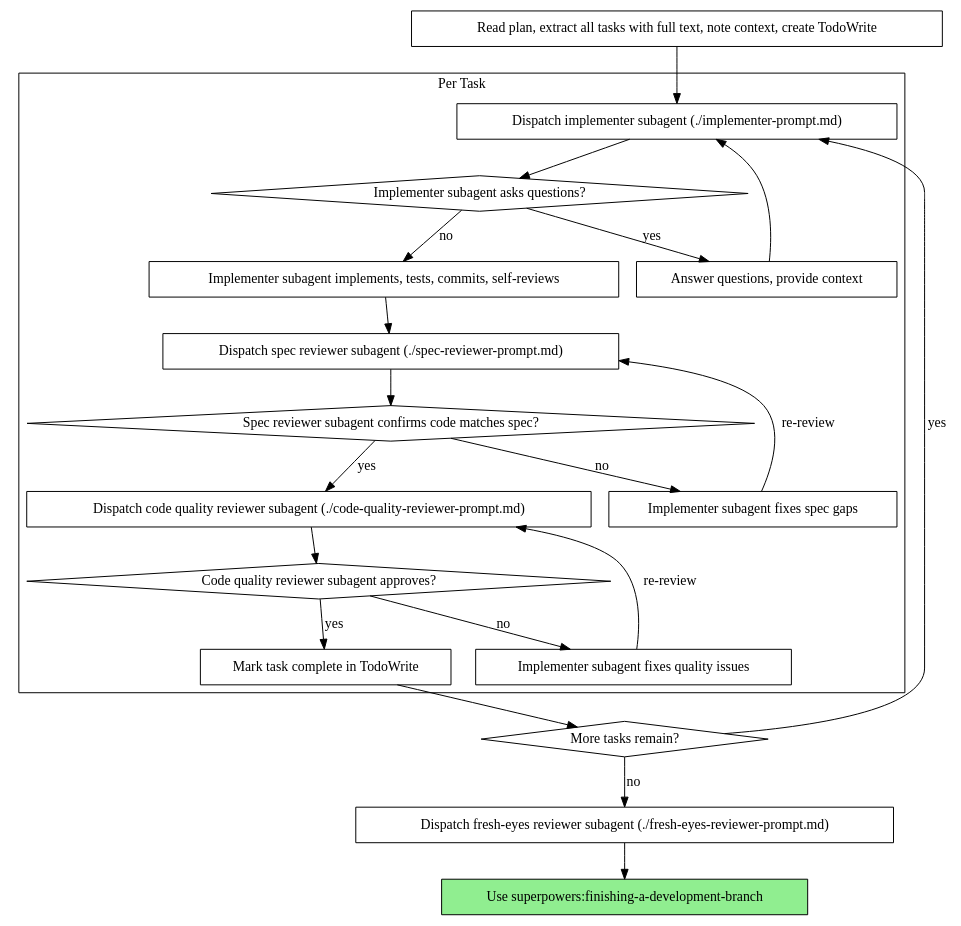
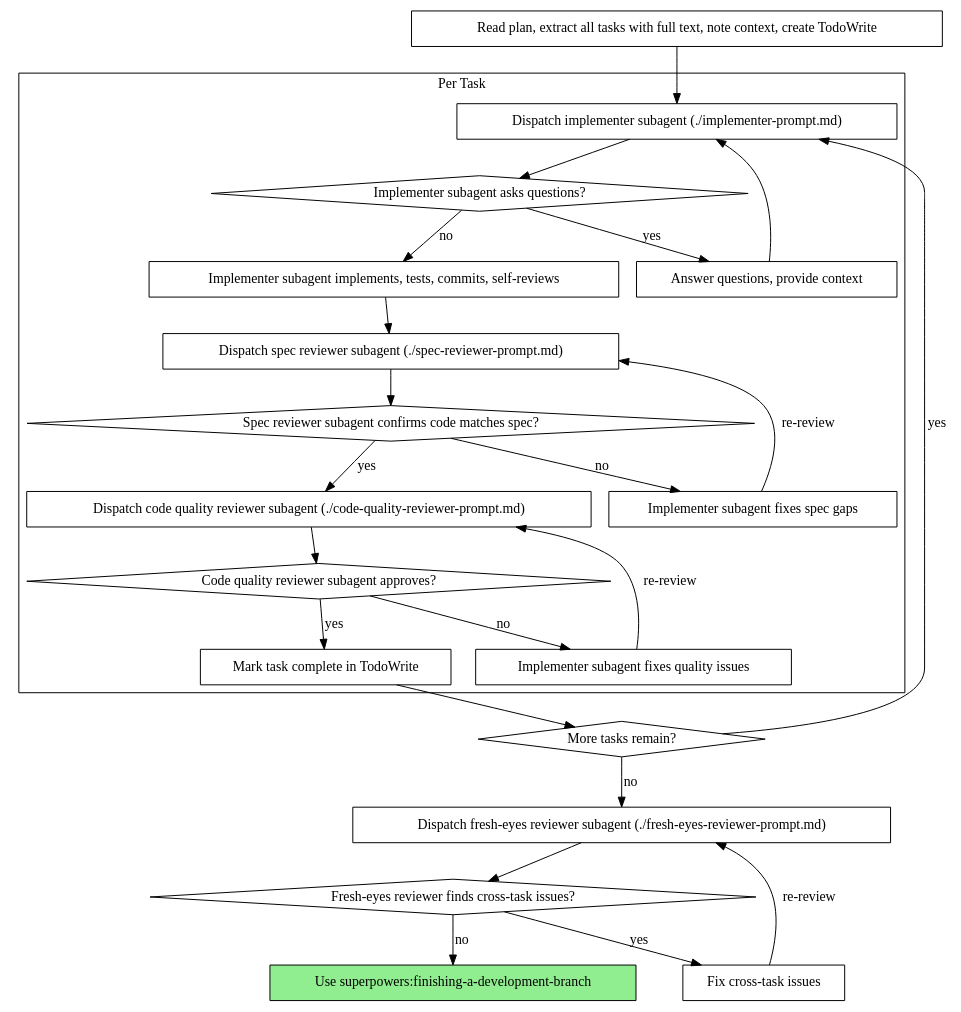
Before and after one commit to obra/superpowers: the second of 2 diagrams in skills/subagent-driven-development/SKILL.md, drawn with Graphviz. The commit also changed other lines of this file and 1 other file, not shown here.

Commit message:
fix: address review findings for fresh-eyes review step
- Fix nested Markdown fence: use 4-backtick outer fence to avoid
  rendering breakage from inner ```bash block
- Add review loop to flowchart: fresh-eyes reviewer now has a
  diamond decision node with fix→re-review cycle, matching the
  pattern used by spec and code quality reviewers
- Align prompt template list entry style with existing entries
- Add fresh-eyes to Quality gates and Red Flags sections
- Change origin/main to "e.g." to avoid hardcoding branch name

````diff
--- a/skills/subagent-driven-development/SKILL.md
+++ b/skills/subagent-driven-development/SKILL.md
@@ -42,44 +42,49 @@
 ```dot
 digraph process {
     rankdir=TB;
 
     subgraph cluster_per_task {
         label="Per Task";
         "Dispatch implementer subagent (./implementer-prompt.md)" [shape=box];
         "Implementer subagent asks questions?" [shape=diamond];
         "Answer questions, provide context" [shape=box];
         "Implementer subagent implements, tests, commits, self-reviews" [shape=box];
         "Dispatch spec reviewer subagent (./spec-reviewer-prompt.md)" [shape=box];
         "Spec reviewer subagent confirms code matches spec?" [shape=diamond];
         "Implementer subagent fixes spec gaps" [shape=box];
         "Dispatch code quality reviewer subagent (./code-quality-reviewer-prompt.md)" [shape=box];
         "Code quality reviewer subagent approves?" [shape=diamond];
         "Implementer subagent fixes quality issues" [shape=box];
         "Mark task complete in TodoWrite" [shape=box];
     }
 
     "Read plan, extract all tasks with full text, note context, create TodoWrite" [shape=box];
     "More tasks remain?" [shape=diamond];
     "Dispatch fresh-eyes reviewer subagent (./fresh-eyes-reviewer-prompt.md)" [shape=box];
+    "Fresh-eyes reviewer finds cross-task issues?" [shape=diamond];
+    "Fix cross-task issues" [shape=box];
     "Use superpowers:finishing-a-development-branch" [shape=box style=filled fillcolor=lightgreen];
 
     "Read plan, extract all tasks with full text, note context, create TodoWrite" -> "Dispatch implementer subagent (./implementer-prompt.md)";
     "Dispatch implementer subagent (./implementer-prompt.md)" -> "Implementer subagent asks questions?";
     "Implementer subagent asks questions?" -> "Answer questions, provide context" [label="yes"];
     "Answer questions, provide context" -> "Dispatch implementer subagent (./implementer-prompt.md)";
     "Implementer subagent asks questions?" -> "Implementer subagent implements, tests, commits, self-reviews" [label="no"];
     "Implementer subagent implements, tests, commits, self-reviews" -> "Dispatch spec reviewer subagent (./spec-reviewer-prompt.md)";
     "Dispatch spec reviewer subagent (./spec-reviewer-prompt.md)" -> "Spec reviewer subagent confirms code matches spec?";
     "Spec reviewer subagent confirms code matches spec?" -> "Implementer subagent fixes spec gaps" [label="no"];
     "Implementer subagent fixes spec gaps" -> "Dispatch spec reviewer subagent (./spec-reviewer-prompt.md)" [label="re-review"];
     "Spec reviewer subagent confirms code matches spec?" -> "Dispatch code quality reviewer subagent (./code-quality-reviewer-prompt.md)" [label="yes"];
     "Dispatch code quality reviewer subagent (./code-quality-reviewer-prompt.md)" -> "Code quality reviewer subagent approves?";
     "Code quality reviewer subagent approves?" -> "Implementer subagent fixes quality issues" [label="no"];
     "Implementer subagent fixes quality issues" -> "Dispatch code quality reviewer subagent (./code-quality-reviewer-prompt.md)" [label="re-review"];
     "Code quality reviewer subagent approves?" -> "Mark task complete in TodoWrite" [label="yes"];
     "Mark task complete in TodoWrite" -> "More tasks remain?";
     "More tasks remain?" -> "Dispatch implementer subagent (./implementer-prompt.md)" [label="yes"];
     "More tasks remain?" -> "Dispatch fresh-eyes reviewer subagent (./fresh-eyes-reviewer-prompt.md)" [label="no"];
-    "Dispatch fresh-eyes reviewer subagent (./fresh-eyes-reviewer-prompt.md)" -> "Use superpowers:finishing-a-development-branch";
+    "Dispatch fresh-eyes reviewer subagent (./fresh-eyes-reviewer-prompt.md)" -> "Fresh-eyes reviewer finds cross-task issues?";
+    "Fresh-eyes reviewer finds cross-task issues?" -> "Fix cross-task issues" [label="yes"];
+    "Fix cross-task issues" -> "Dispatch fresh-eyes reviewer subagent (./fresh-eyes-reviewer-prompt.md)" [label="re-review"];
+    "Fresh-eyes reviewer finds cross-task issues?" -> "Use superpowers:finishing-a-development-branch" [label="no"];
 }
 ```
````
